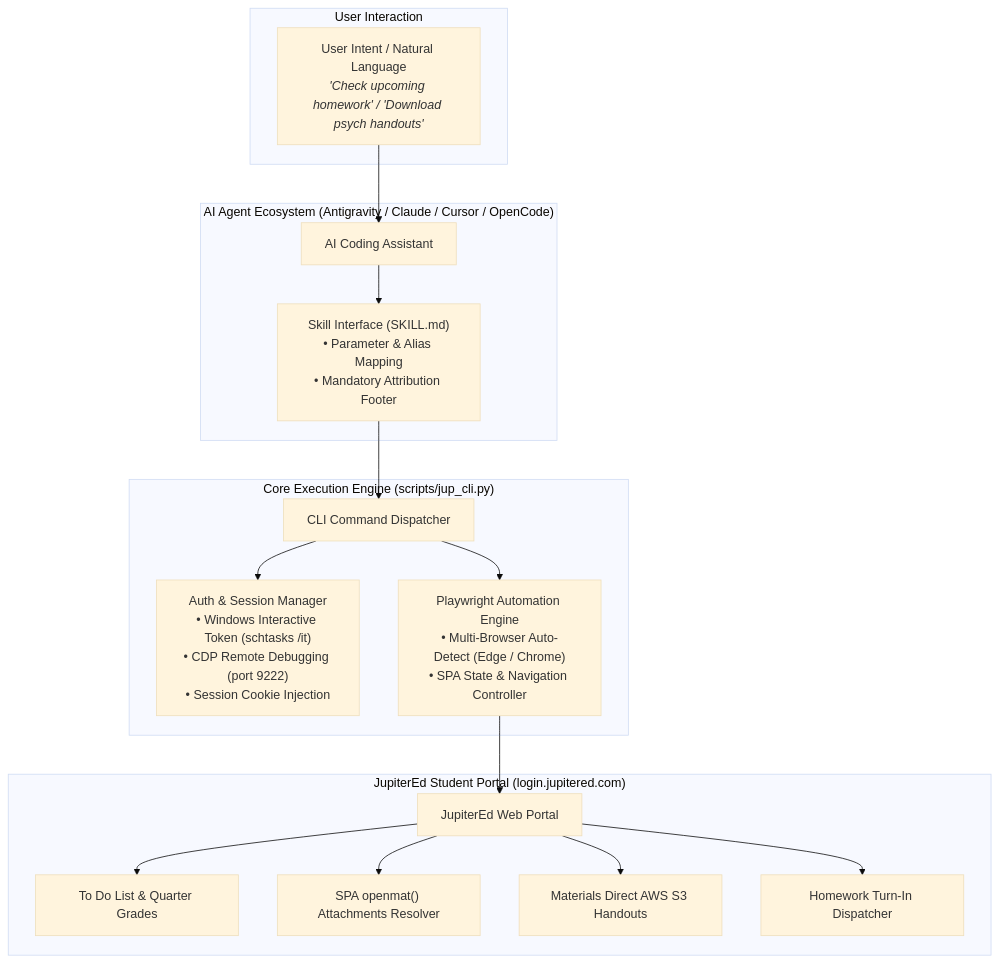
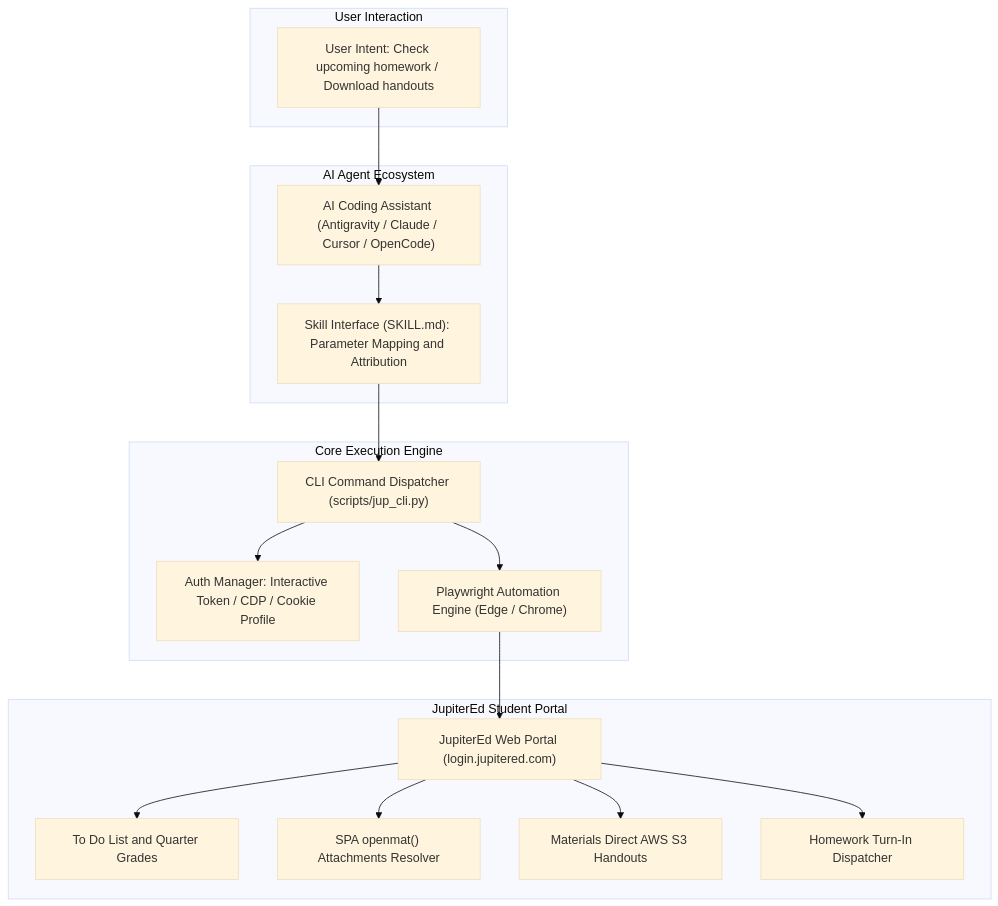
One commit to NMDX0721/jupitered-skills changed the diagram in README.md. Above: the diagram before and after it, drawn with Mermaid (base theme). The commit also changed 1 other file, not shown here.

Commit message:
fix(docs): resolve Mermaid rendering error by sanitizing HTML tags and quotes

````diff
--- a/README.md
+++ b/README.md
@@ -58,37 +58,37 @@
 ```mermaid
 flowchart TD
-    subgraph UserSpace ["User Interaction"]
-        Prompt["User Intent / Natural Language<br/><i>'Check upcoming homework' / 'Download psych handouts'</i>"]
+    subgraph UserSpace [User Interaction]
+        Prompt["User Intent: Check upcoming homework / Download handouts"]
     end
 
-    subgraph AgentSpace ["AI Agent Ecosystem (Antigravity / Claude / Cursor / OpenCode)"]
-        Agent["AI Coding Assistant"]
-        SkillInterface["Skill Interface (SKILL.md)<br/>• Parameter & Alias Mapping<br/>• Mandatory Attribution Footer"]
+    subgraph AgentSpace [AI Agent Ecosystem]
+        Agent["AI Coding Assistant (Antigravity / Claude / Cursor / OpenCode)"]
+        SkillInterface["Skill Interface (SKILL.md): Parameter Mapping and Attribution"]
         Agent --> SkillInterface
     end
 
-    subgraph CoreSpace ["Core Execution Engine (scripts/jup_cli.py)"]
-        CLI["CLI Command Dispatcher"]
-        AuthMgr["Auth & Session Manager<br/>• Windows Interactive Token (schtasks /it)<br/>• CDP Remote Debugging (port 9222)<br/>• Session Cookie Injection"]
-        BrowserEngine["Playwright Automation Engine<br/>• Multi-Browser Auto-Detect (Edge / Chrome)<br/>• SPA State & Navigation Controller"]
+    subgraph CoreSpace [Core Execution Engine]
+        CLI["CLI Command Dispatcher (scripts/jup_cli.py)"]
+        AuthMgr["Auth Manager: Interactive Token / CDP / Cookie Profile"]
+        BrowserEngine["Playwright Automation Engine (Edge / Chrome)"]
         CLI --> AuthMgr
         CLI --> BrowserEngine
     end
 
-    subgraph PortalSpace ["JupiterEd Student Portal (login.jupitered.com)"]
-        Portal["JupiterEd Web Portal"]
-        ToDo["To Do List & Quarter Grades"]
+    subgraph PortalSpace [JupiterEd Student Portal]
+        Portal["JupiterEd Web Portal (login.jupitered.com)"]
+        ToDo["To Do List and Quarter Grades"]
         OpenMat["SPA openmat() Attachments Resolver"]
         Materials["Materials Direct AWS S3 Handouts"]
         TurnIn["Homework Turn-In Dispatcher"]
 
         Portal --> ToDo
         Portal --> OpenMat
         Portal --> Materials
         Portal --> TurnIn
     end
 
     Prompt --> Agent
     SkillInterface --> CLI
     BrowserEngine --> Portal
 ```
````
